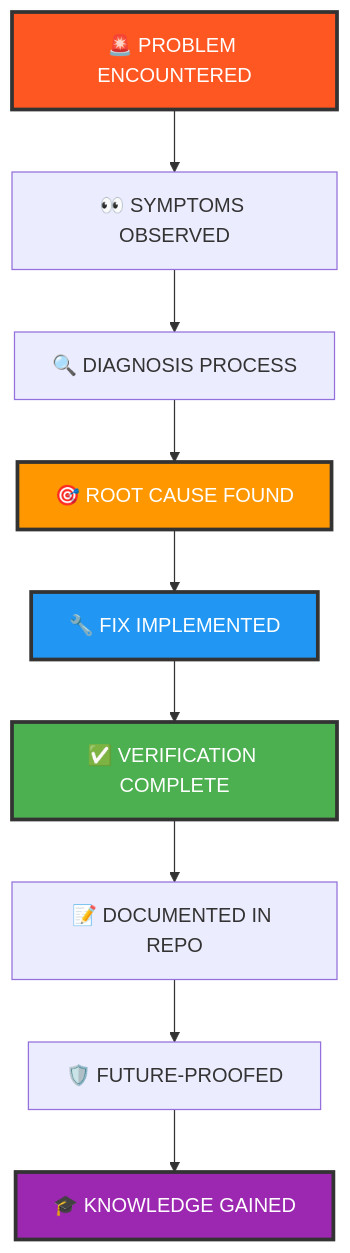
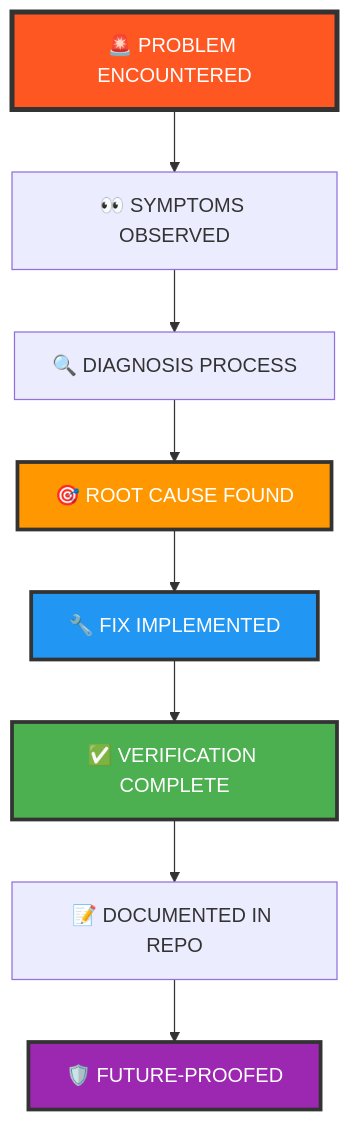
Before and after one commit to ArunVijaykumarcsds/repair-kit: the diagram in README.md, drawn with Mermaid. The commit also changed other lines of this file, not shown here.

````diff
--- a/README.md
+++ b/README.md
@@ -275,17 +291,16 @@
 ```mermaid
 graph TB
     A[🚨 PROBLEM ENCOUNTERED] --> B[👀 SYMPTOMS OBSERVED]
     B --> C[🔍 DIAGNOSIS PROCESS]
     C --> D[🎯 ROOT CAUSE FOUND]
     D --> E[🔧 FIX IMPLEMENTED]
     E --> F[✅ VERIFICATION COMPLETE]
     F --> G[📝 DOCUMENTED IN REPO]
     G --> H[🛡️ FUTURE-PROOFED]
-    H --> I[🎓 KNOWLEDGE GAINED]
     
-    style A fill:#FF5722,stroke:#333,stroke-width:3px,color:#fff
+    style A fill:#FF5722,stroke:#333,stroke-width:4px,color:#fff
     style D fill:#FF9800,stroke:#333,stroke-width:3px,color:#fff
     style E fill:#2196F3,stroke:#333,stroke-width:3px,color:#fff
     style F fill:#4CAF50,stroke:#333,stroke-width:3px,color:#fff
-    style I fill:#9C27B0,stroke:#333,stroke-width:3px,color:#fff
+    style H fill:#9C27B0,stroke:#333,stroke-width:3px,color:#fff
 ```
````
